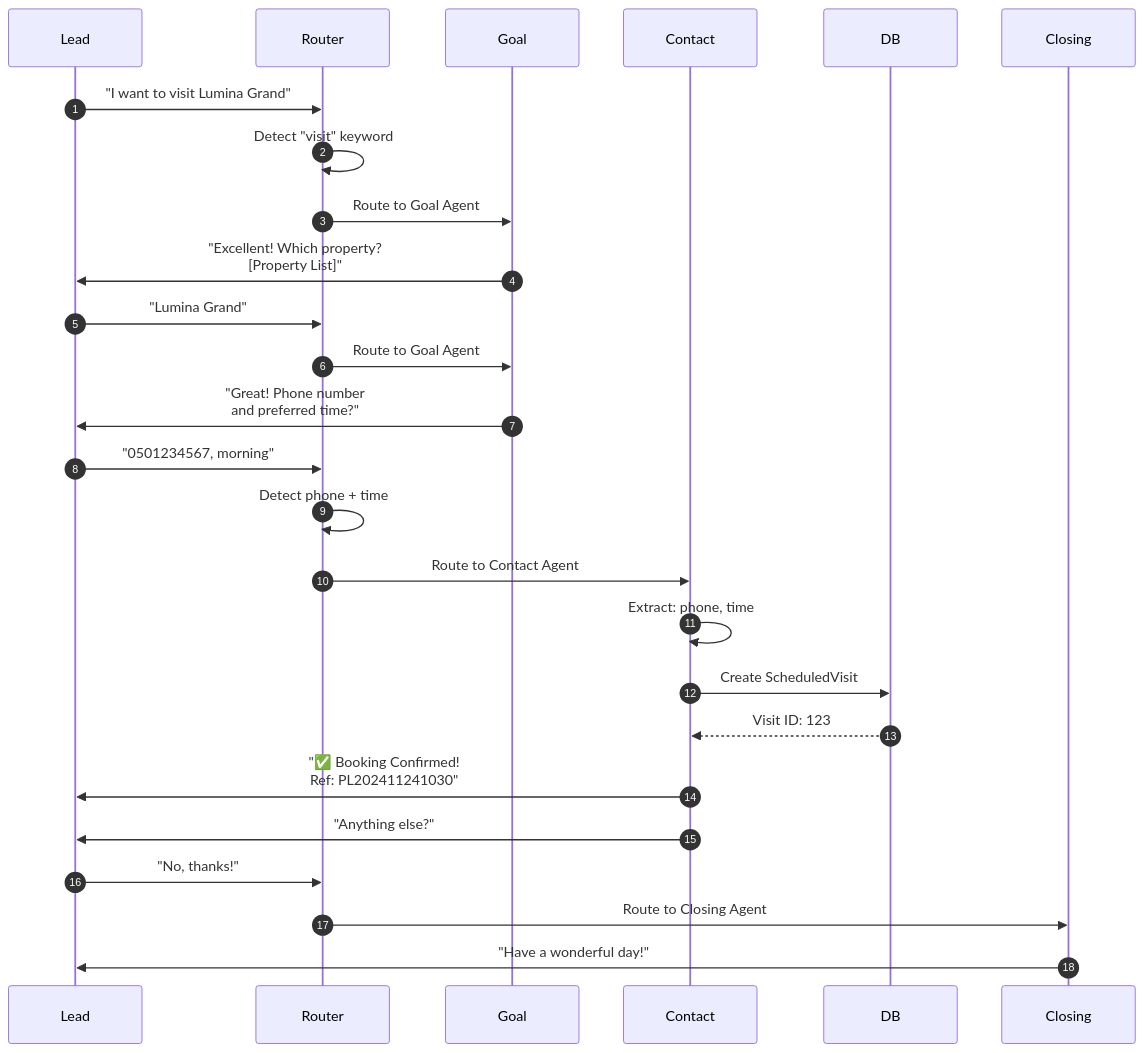
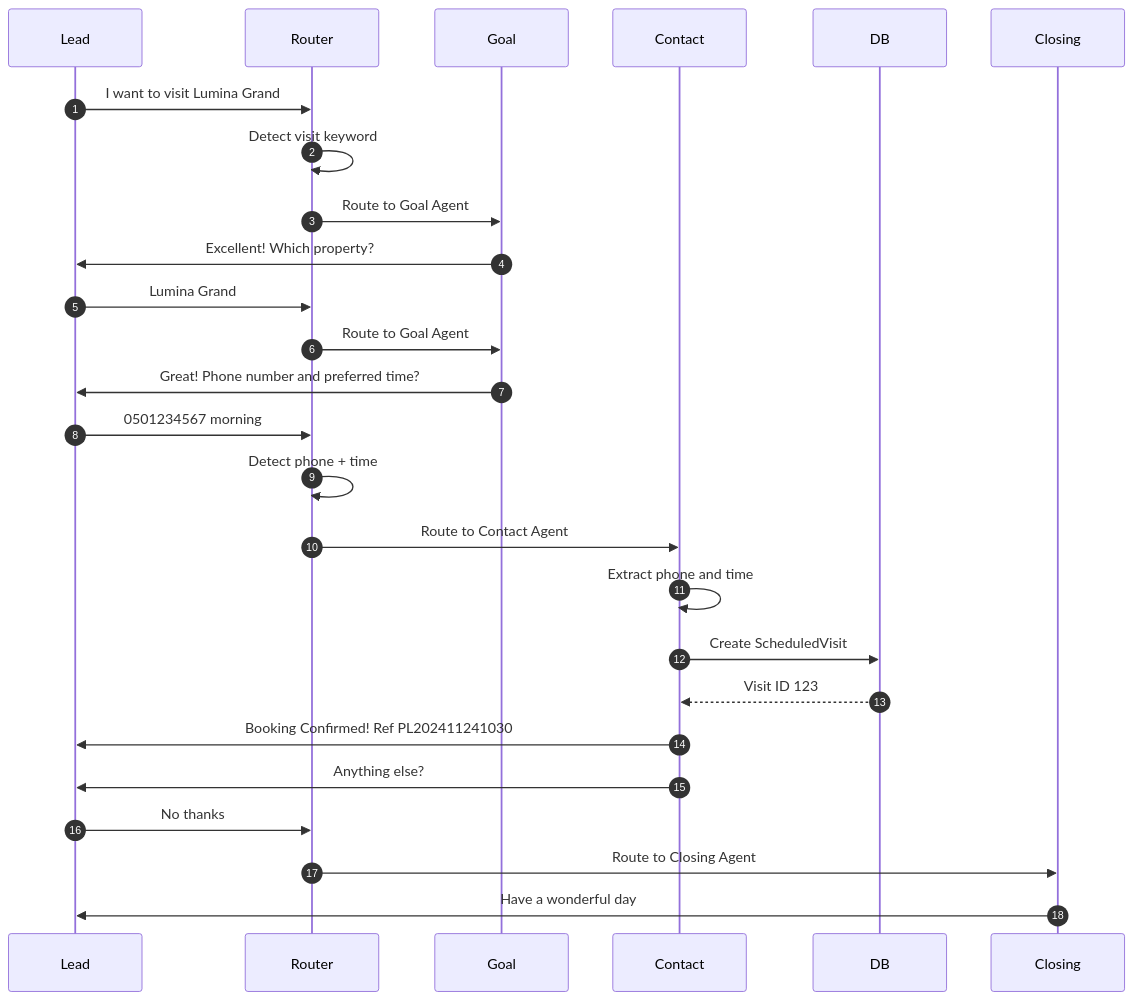
One commit to AnupCloud/Lead-Nurturing-CRM changed the sixth of 6 diagrams in README.md. Above: the diagram before and after it, drawn with Mermaid. The commit also changed other lines of this file, not shown here.

First line of the commit message:
docs: Add comprehensive PropLens AI Chatbot documentation with screenshots and Mermaid diagrams

````diff
--- a/README.md
+++ b/README.md
@@ -759,31 +759,31 @@
 ```mermaid
 sequenceDiagram
     autonumber
     participant Lead
     participant Router
     participant Goal
     participant Contact
     participant DB
     
-    Lead->>Router: "I want to visit Lumina Grand"
-    Router->>Router: Detect "visit" keyword
+    Lead->>Router: I want to visit Lumina Grand
+    Router->>Router: Detect visit keyword
     Router->>Goal: Route to Goal Agent
-    Goal->>Lead: "Excellent! Which property?<br/>[Property List]"
+    Goal->>Lead: Excellent! Which property?
     
-    Lead->>Router: "Lumina Grand"
-    Router->>Goal: Route to Goal Agent
-    Goal->>Lead: "Great! Phone number<br/>and preferred time?"
+    Lead->>Router: Lumina Grand
+    Router->>Goal: Route to Goal Agent  
+    Goal->>Lead: Great! Phone number and preferred time?
     
-    Lead->>Router: "0501234567, morning"
+    Lead->>Router: 0501234567 morning
     Router->>Router: Detect phone + time
     Router->>Contact: Route to Contact Agent
-    Contact->>Contact: Extract: phone, time
+    Contact->>Contact: Extract phone and time
     Contact->>DB: Create ScheduledVisit
-    DB-->>Contact: Visit ID: 123
-    Contact->>Lead: "✅ Booking Confirmed!<br/>Ref: PL202411241030"
+    DB-->>Contact: Visit ID 123
+    Contact->>Lead: Booking Confirmed! Ref PL202411241030
     
-    Contact->>Lead: "Anything else?"
-    Lead->>Router: "No, thanks!"
+    Contact->>Lead: Anything else?
+    Lead->>Router: No thanks
     Router->>Closing: Route to Closing Agent
-    Closing->>Lead: "Have a wonderful day!"
+    Closing->>Lead: Have a wonderful day
 ```
````
